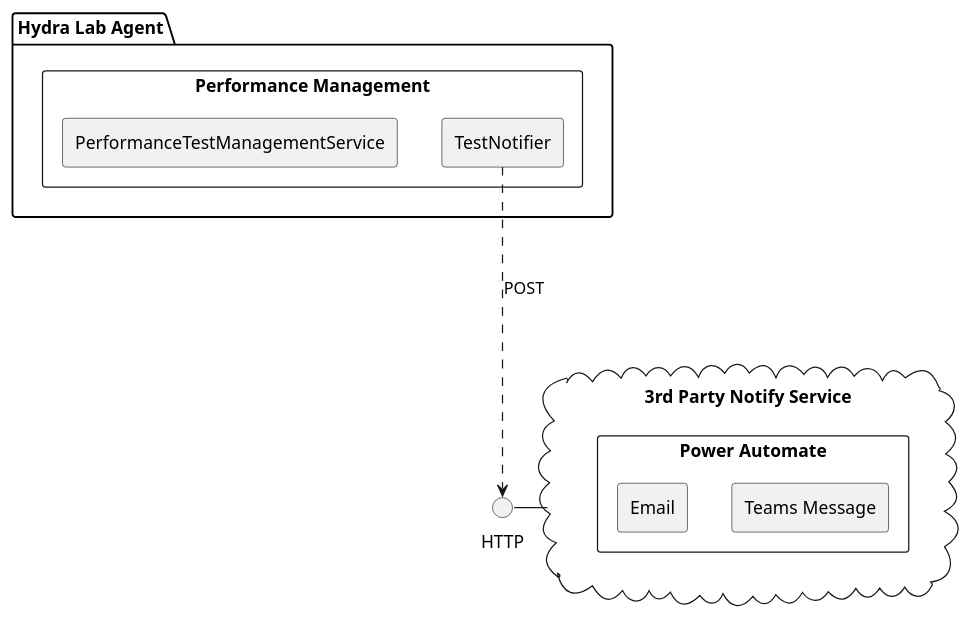
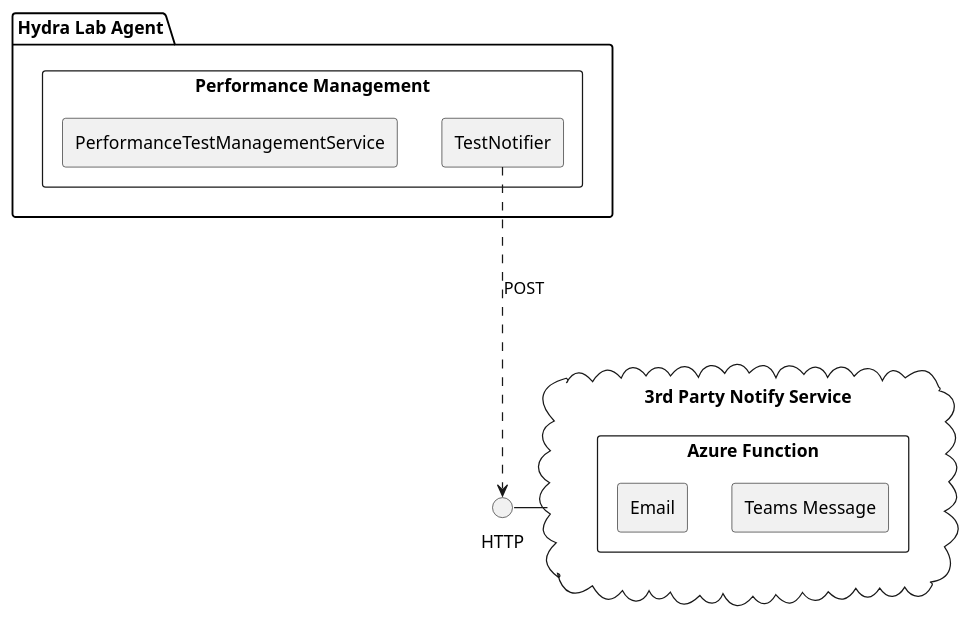
Before and after one commit to microsoft/HydraLab: the seventh of 7 diagrams in agent/doc/UML/performance_test_design.puml, drawn with PlantUML. The commit also changed other lines of this file and 1 other file, not shown here.

Commit message:
Update UML

```diff
--- a/agent/doc/UML/performance_test_design.puml
+++ b/agent/doc/UML/performance_test_design.puml
@@ -192,20 +192,20 @@
 @startuml test_notify_component
 skinparam componentStyle rectangle
 package "Hydra Lab Agent" {
     component "Performance Management" {
         [TestNotifier]
         [PerformanceTestManagementService]
     }
 }
 
 cloud "3rd Party Notify Service" as Notify {
-    component "Power Automate" as Azure {
+    component "Azure Function" as Azure {
         [Teams Message]
         [Email]
     }
 }
 
 [TestNotifier] ...>() HTTP : POST
 Notify -l- HTTP
 
 @enduml
```
